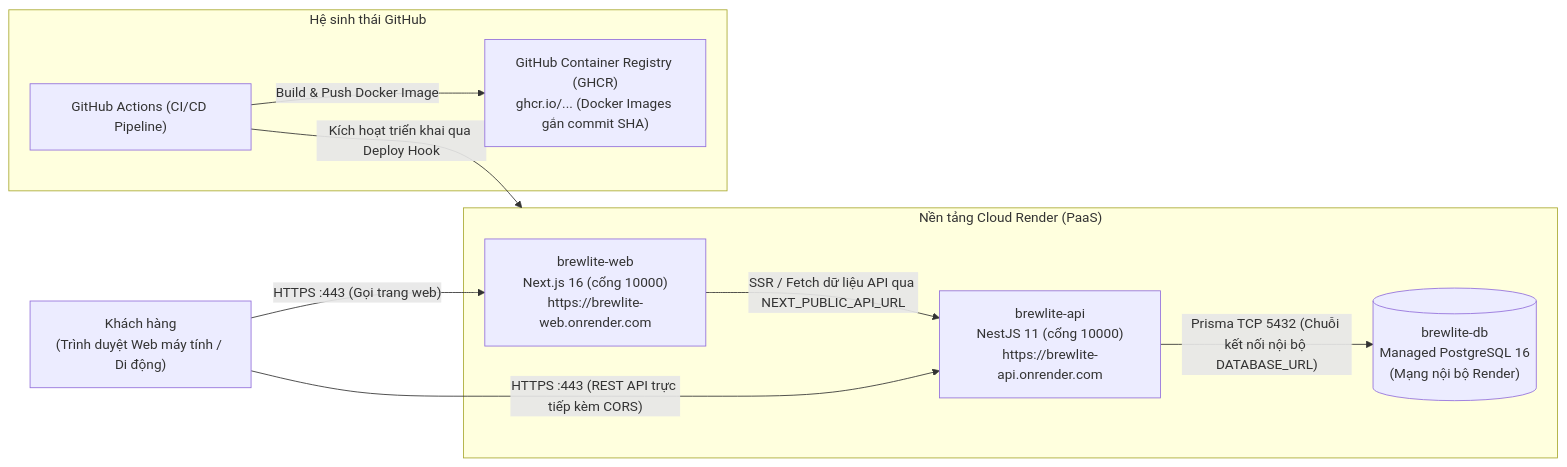
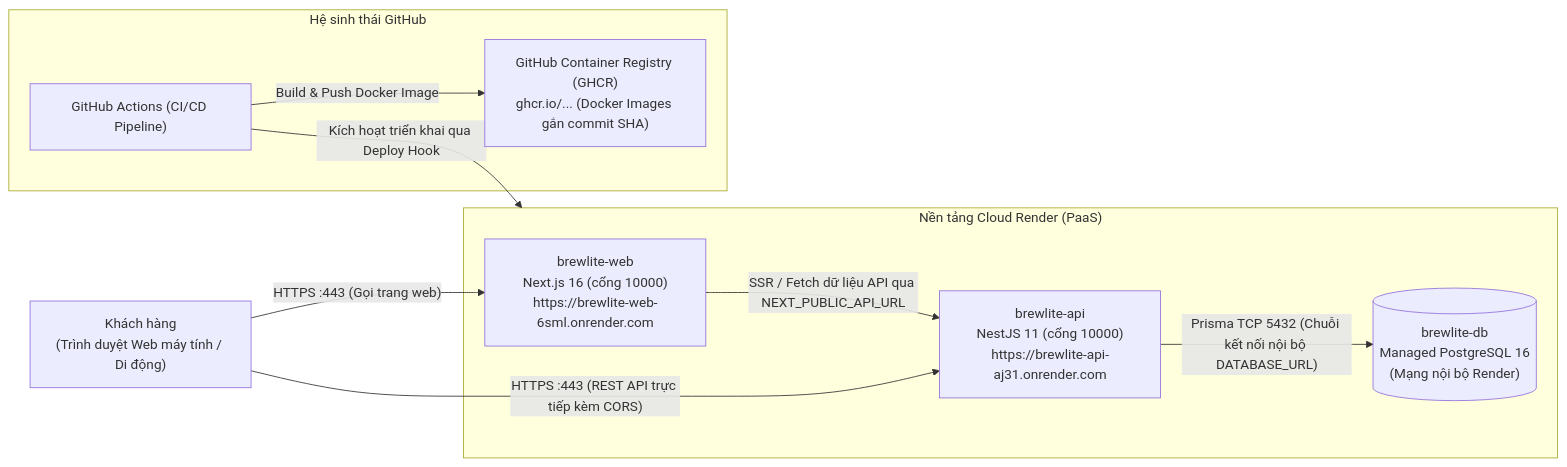
The second of 2 diagrams in docs/architecture/architecture.md (Thori2724/BrewLite-CNPM-nh-m-12), drawn with Mermaid before and after one commit. The commit also changed other lines of this file and 19 other files, not shown here.

````diff
--- a/docs/architecture/architecture.md
+++ b/docs/architecture/architecture.md
@@ -49,22 +49,22 @@
 ```mermaid
 flowchart LR
     U["Khách hàng<br/>(Trình duyệt Web máy tính / Di động)"]
 
     subgraph RENDER["Nền tảng Cloud Render (PaaS)"]
-        WEB["brewlite-web<br/>Next.js 16 (cổng 10000)<br/>https://brewlite-web.onrender.com"]
-        API["brewlite-api<br/>NestJS 11 (cổng 10000)<br/>https://brewlite-api.onrender.com"]
+        WEB["brewlite-web<br/>Next.js 16 (cổng 10000)<br/>https://brewlite-web-6sml.onrender.com"]
+        API["brewlite-api<br/>NestJS 11 (cổng 10000)<br/>https://brewlite-api-aj31.onrender.com"]
         DB[("brewlite-db<br/>Managed PostgreSQL 16<br/>(Mạng nội bộ Render)")]
     end
 
     subgraph GITHUB["Hệ sinh thái GitHub"]
         GHCR["GitHub Container Registry (GHCR)<br/>ghcr.io/... (Docker Images gắn commit SHA)"]
         GHA["GitHub Actions (CI/CD Pipeline)"]
     end
 
     U -->|"HTTPS :443 (Gọi trang web)"| WEB
     U -->|"HTTPS :443 (REST API trực tiếp kèm CORS)"| API
     WEB -->|"SSR / Fetch dữ liệu API qua NEXT_PUBLIC_API_URL"| API
     API -->|"Prisma TCP 5432 (Chuỗi kết nối nội bộ DATABASE_URL)"| DB
     GHA -->|"Build & Push Docker Image"| GHCR
     GHA -->|"Kích hoạt triển khai qua Deploy Hook"| RENDER
 ```
````
